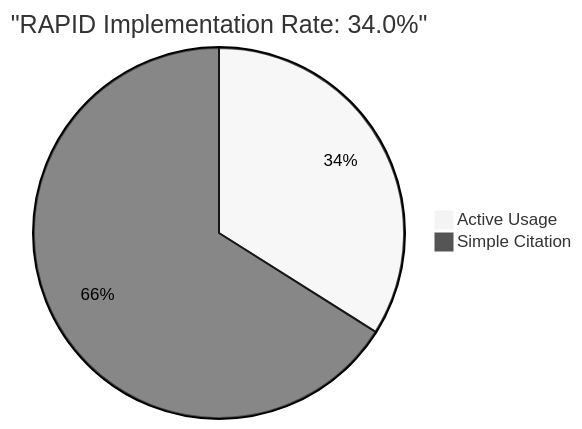
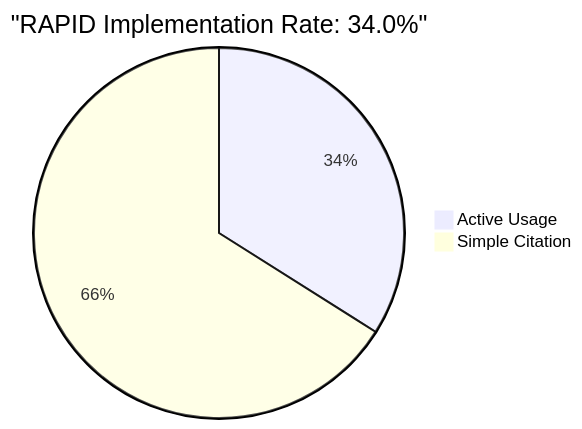
One commit to yunks128/citation-dashboard changed the second of 7 diagrams in docs/metrics/impact-metrics.md. Above: the diagram before and after it, drawn with Mermaid. The commit also changed other lines of this file and 15 other files, not shown here.

````diff
--- a/docs/metrics/impact-metrics.md
+++ b/docs/metrics/impact-metrics.md
@@ -99,7 +101,6 @@
 ```mermaid
-%%{init: {'theme': 'neutral'}}%%
 pie
     title "RAPID Implementation Rate: 34.0%"
     "Active Usage" : 90
     "Simple Citation" : 175
 ```
````
